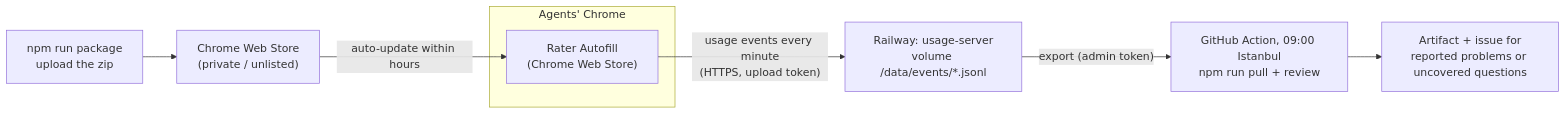
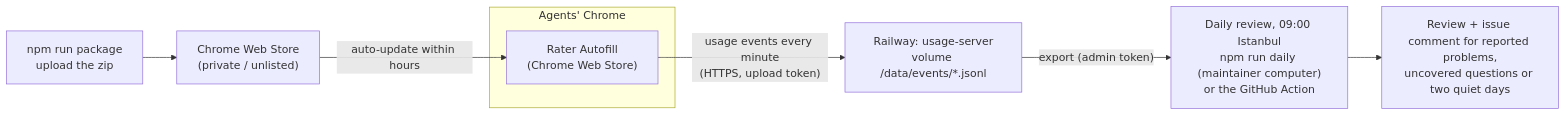
One commit to lutfikeskin/tni-rater-autofill changed the diagram in docs/hosting.md. Above: the diagram before and after it, drawn with Mermaid. The commit also changed other lines of this file and 8 other files, not shown here.

First line of the commit message:
Daily review: npm run daily on this computer, and a heartbeat

````diff
--- a/docs/hosting.md
+++ b/docs/hosting.md
@@ -5,11 +5,11 @@
 ```mermaid
 flowchart LR
   subgraph Agents["Agents' Chrome"]
     EXT["Rater Autofill<br/>(Chrome Web Store)"]
   end
   DEV["npm run package<br/>upload the zip"] --> CWS["Chrome Web Store<br/>(private / unlisted)"]
   CWS -- "auto-update within hours" --> EXT
   EXT -- "usage events every minute<br/>(HTTPS, upload token)" --> RW["Railway: usage-server<br/>volume /data/events/*.jsonl"]
-  RW -- "export (admin token)" --> GH["GitHub Action, 09:00 Istanbul<br/>npm run pull + review"]
-  GH --> OUT["Artifact + issue for<br/>reported problems or uncovered questions"]
+  RW -- "export (admin token)" --> GH["Daily review, 09:00 Istanbul<br/>npm run daily (maintainer computer)<br/>or the GitHub Action"]
+  GH --> OUT["Review + issue comment for reported problems,<br/>uncovered questions or two quiet days"]
 ```
````
